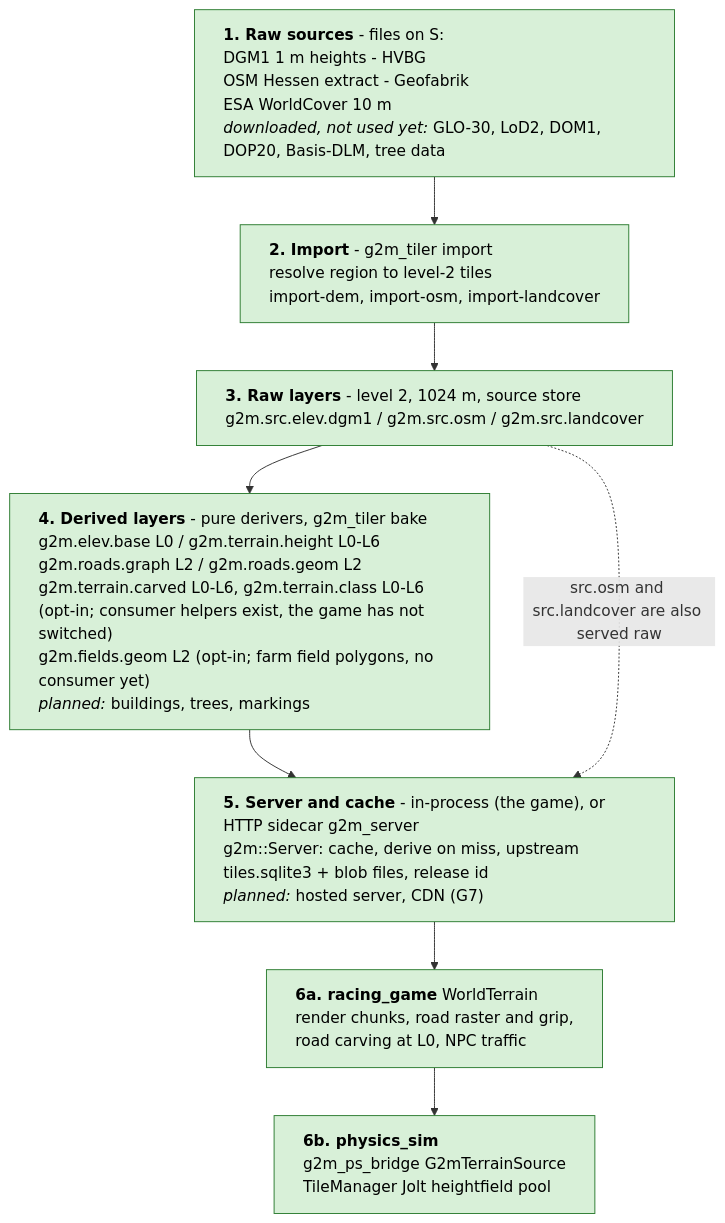
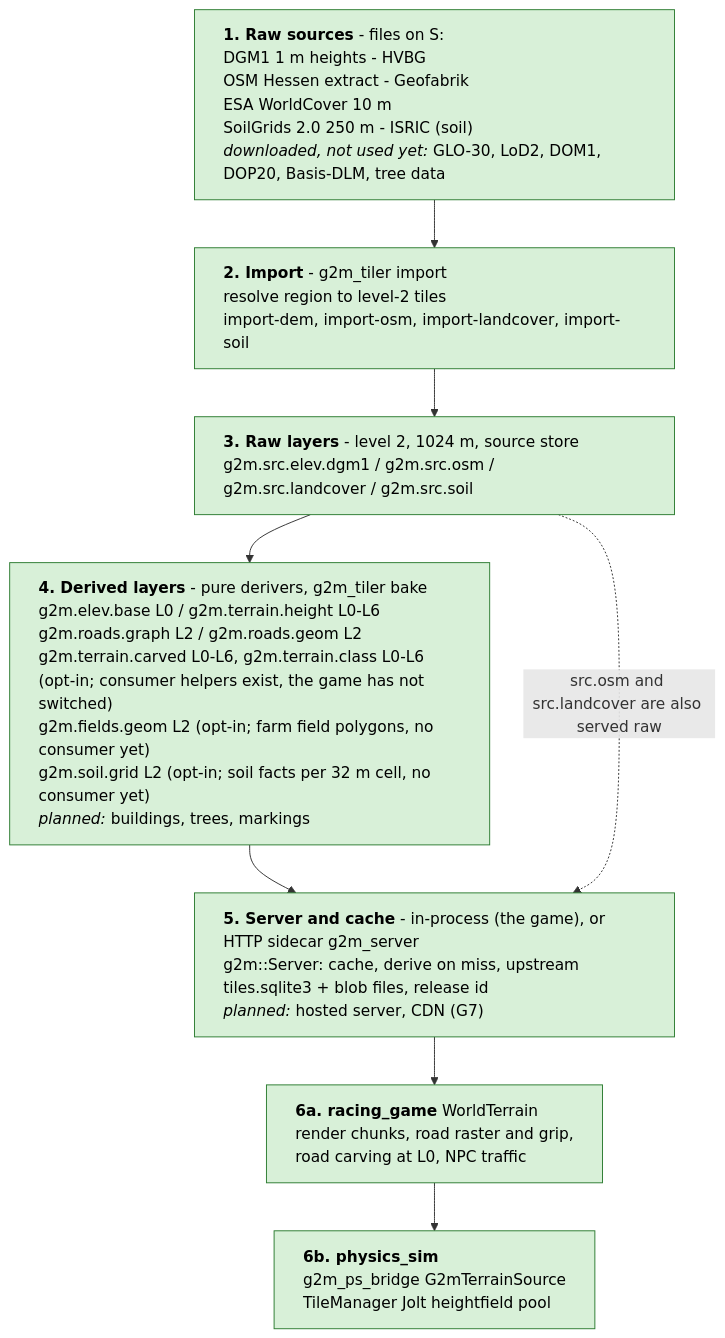
The first of 4 diagrams in docs/pipeline/README.md (SebastianDanielFrenz/geo2map_engine), drawn with Mermaid before and after one commit. The commit also changed other lines of this file and 45 other files, not shown here.

First line of the commit message:
Soil layer: g2m.src.soil and g2m.soil.grid from ISRIC SoilGrids 2.0

````diff
--- a/docs/pipeline/README.md
+++ b/docs/pipeline/README.md
@@ -30,16 +30,16 @@
 ```mermaid
 %%{init: {"flowchart": {"wrappingWidth": 440, "useMaxWidth": false}}}%%
 flowchart TB
-  SRC["<b>1. Raw sources</b> - files on S:<br/>DGM1 1 m heights - HVBG<br/>OSM Hessen extract - Geofabrik<br/>ESA WorldCover 10 m<br/><i>downloaded, not used yet:</i> GLO-30, LoD2, DOM1, DOP20, Basis-DLM, tree data"]
-  IMP["<b>2. Import</b> - g2m_tiler import<br/>resolve region to level-2 tiles<br/>import-dem, import-osm, import-landcover"]
-  RAW["<b>3. Raw layers</b> - level 2, 1024 m, source store<br/>g2m.src.elev.dgm1 / g2m.src.osm / g2m.src.landcover"]
-  BAKE["<b>4. Derived layers</b> - pure derivers, g2m_tiler bake<br/>g2m.elev.base L0 / g2m.terrain.height L0-L6<br/>g2m.roads.graph L2 / g2m.roads.geom L2<br/>g2m.terrain.carved L0-L6, g2m.terrain.class L0-L6 (opt-in; consumer helpers exist, the game has not switched)<br/>g2m.fields.geom L2 (opt-in; farm field polygons, no consumer yet)<br/><i>planned:</i> buildings, trees, markings"]
+  SRC["<b>1. Raw sources</b> - files on S:<br/>DGM1 1 m heights - HVBG<br/>OSM Hessen extract - Geofabrik<br/>ESA WorldCover 10 m<br/>SoilGrids 2.0 250 m - ISRIC (soil)<br/><i>downloaded, not used yet:</i> GLO-30, LoD2, DOM1, DOP20, Basis-DLM, tree data"]
+  IMP["<b>2. Import</b> - g2m_tiler import<br/>resolve region to level-2 tiles<br/>import-dem, import-osm, import-landcover, import-soil"]
+  RAW["<b>3. Raw layers</b> - level 2, 1024 m, source store<br/>g2m.src.elev.dgm1 / g2m.src.osm / g2m.src.landcover / g2m.src.soil"]
+  BAKE["<b>4. Derived layers</b> - pure derivers, g2m_tiler bake<br/>g2m.elev.base L0 / g2m.terrain.height L0-L6<br/>g2m.roads.graph L2 / g2m.roads.geom L2<br/>g2m.terrain.carved L0-L6, g2m.terrain.class L0-L6 (opt-in; consumer helpers exist, the game has not switched)<br/>g2m.fields.geom L2 (opt-in; farm field polygons, no consumer yet)<br/>g2m.soil.grid L2 (opt-in; soil facts per 32 m cell, no consumer yet)<br/><i>planned:</i> buildings, trees, markings"]
   SRV["<b>5. Server and cache</b> - in-process (the game), or HTTP sidecar g2m_server<br/>g2m::Server: cache, derive on miss, upstream<br/>tiles.sqlite3 + blob files, release id<br/><i>planned:</i> hosted server, CDN (G7)"]
   GAME["<b>6a. racing_game</b> WorldTerrain<br/>render chunks, road raster and grip,<br/>road carving at L0, NPC traffic"]
   PHYS["<b>6b. physics_sim</b><br/>g2m_ps_bridge G2mTerrainSource<br/>TileManager Jolt heightfield pool"]
   SRC --> IMP --> RAW --> BAKE --> SRV --> GAME --> PHYS
   RAW -. "src.osm and src.landcover are also served raw" .-> SRV
 
   classDef done fill:#d8f0d8,stroke:#2e7d32,color:#000,text-align:left;
   class SRC,IMP,RAW,BAKE,SRV,GAME,PHYS done;
 ```
````
